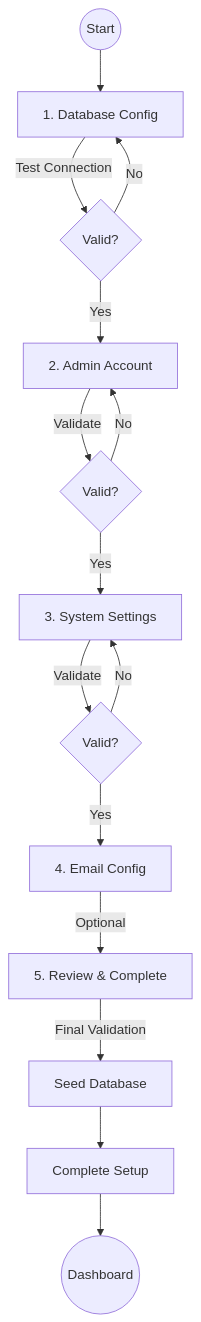
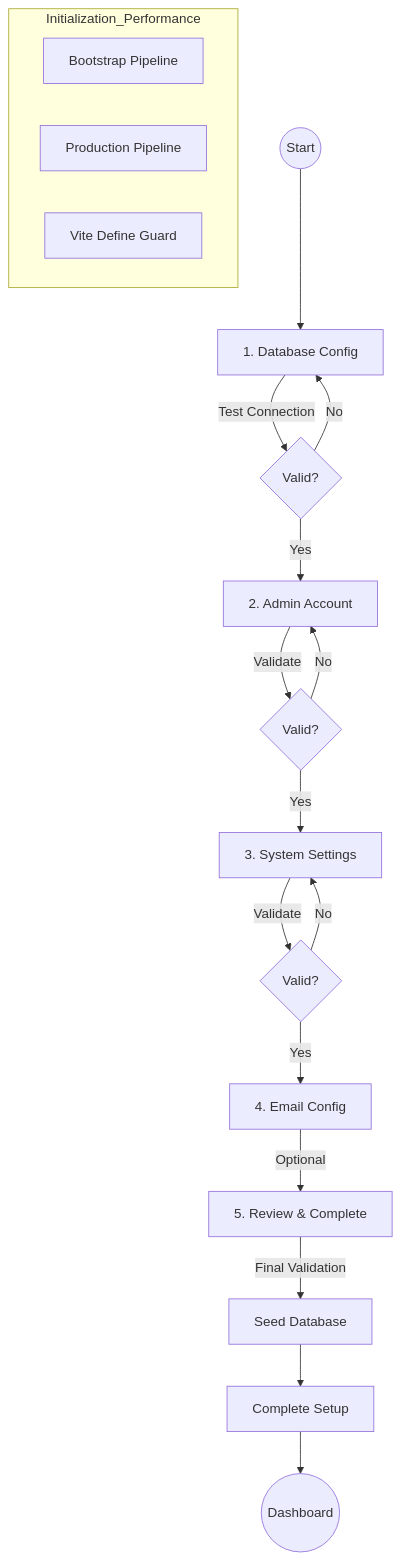
One commit to SveltyCMS/SveltyCMS changed the first of 3 diagrams in docs/guides/configuration/setup-wizard.mdx. Above: the diagram before and after it, drawn with Mermaid. The commit also changed other lines of this file and 57 other files, not shown here.

First line of the commit message:
docs: update feature documentation, roadmap, and benchmark reports

````diff
--- a/docs/guides/configuration/setup-wizard.mdx
+++ b/docs/guides/configuration/setup-wizard.mdx
@@ -51,17 +51,23 @@
 ```mermaid
 flowchart TD
     Start((Start)) --> DB[1. Database Config]
     DB --> |Test Connection| DBCheck{Valid?}
     DBCheck -->|No| DB
     DBCheck -->|Yes| Admin[2. Admin Account]
     Admin --> |Validate| AdminCheck{Valid?}
     AdminCheck -->|No| Admin
     AdminCheck -->|Yes| System[3. System Settings]
     System --> |Validate| SystemCheck{Valid?}
     SystemCheck -->|No| System
     SystemCheck -->|Yes| Email[4. Email Config]
     Email --> |Optional| Review[5. Review & Complete]
     Review --> |Final Validation| Seed[Seed Database]
     Seed --> Complete[Complete Setup]
     Complete --> Redirect((Dashboard))
+
+    subgraph Initialization_Performance
+        B[Bootstrap Pipeline]
+        P[Production Pipeline]
+        V[Vite Define Guard]
+    end
 ```
````
